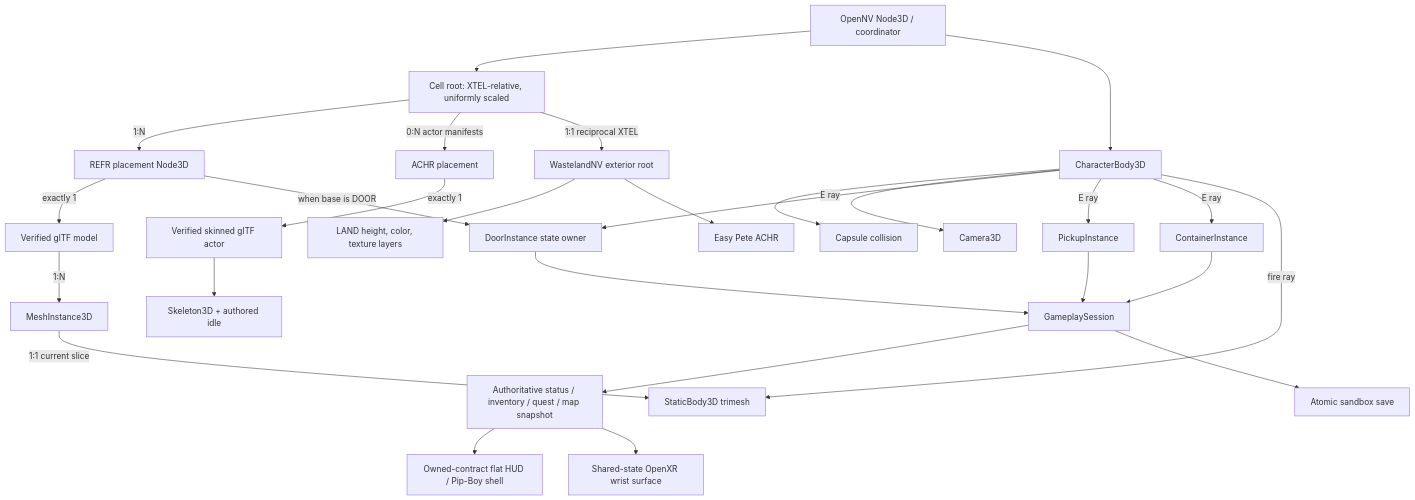
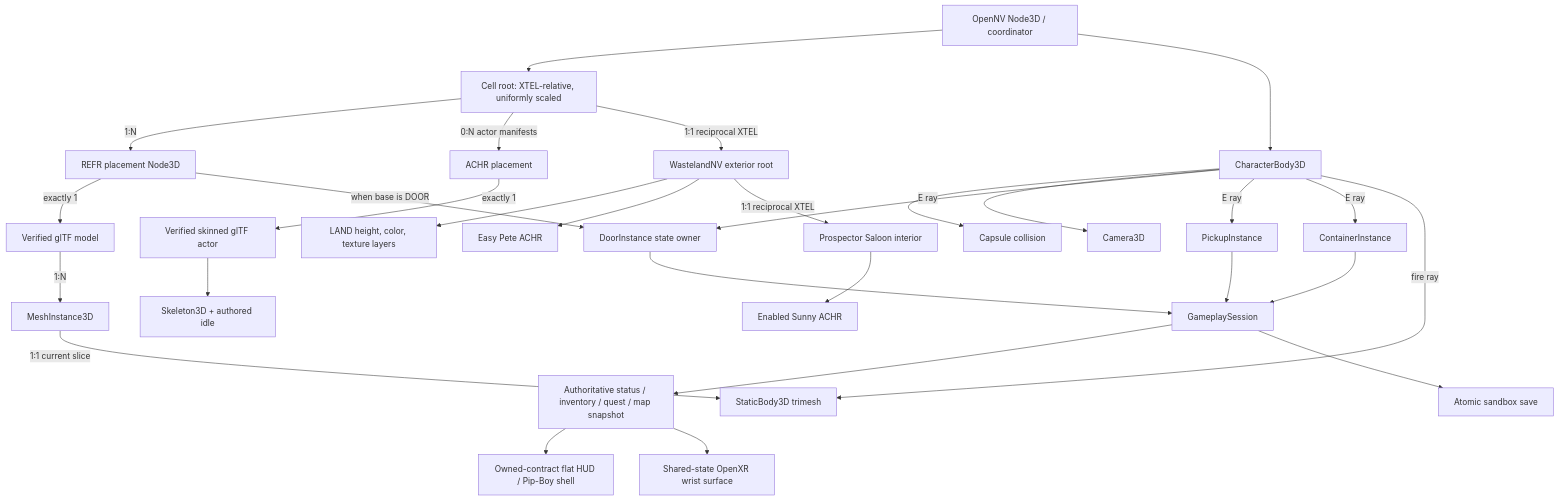
The second of 6 diagrams in docs/architecture.md (nikamigaming-create/OpenNV), drawn with Mermaid before and after one commit. The commit also changed other lines of this file and 28 other files, not shown here.

````diff
--- a/docs/architecture.md
+++ b/docs/architecture.md
@@ -69,30 +70,32 @@
 ```mermaid
 flowchart TD
     Runtime[OpenNV Node3D / coordinator]
     Runtime --> CellRoot[Cell root: XTEL-relative, uniformly scaled]
     CellRoot -->|1:N| Placement[REFR placement Node3D]
     Placement -->|exactly 1| Model[Verified glTF model]
     Model -->|1:N| Mesh[MeshInstance3D]
     Mesh -->|1:1 current slice| Collision[StaticBody3D trimesh]
     Placement -->|when base is DOOR| Door[DoorInstance state owner]
     Runtime --> Player[CharacterBody3D]
     Player --> Capsule[Capsule collision]
     Player --> Camera[Camera3D]
     Player -->|E ray| Door
     Player -->|E ray| Pickup[PickupInstance]
     Player -->|E ray| Container[ContainerInstance]
     Player -->|fire ray| Collision
     Pickup --> Session[GameplaySession]
     Container --> Session
     Door --> Session
     Session --> UiModel[Authoritative status / inventory / quest / map snapshot]
     UiModel --> Hud[Owned-contract flat HUD / Pip-Boy shell]
     UiModel --> Wrist[Shared-state OpenXR wrist surface]
     Session --> Save[Atomic sandbox save]
     CellRoot -->|0:N actor manifests| ActorPlacement[ACHR placement]
     ActorPlacement -->|exactly 1| ActorModel[Verified skinned glTF actor]
     ActorModel --> ActorSkeleton[Skeleton3D + authored idle]
     CellRoot -->|1:1 reciprocal XTEL| ExteriorRoot[WastelandNV exterior root]
     ExteriorRoot --> Land[LAND height, color, texture layers]
     ExteriorRoot --> ExteriorActor[Easy Pete ACHR]
+    ExteriorRoot -->|1:1 reciprocal XTEL| SaloonRoot[Prospector Saloon interior]
+    SaloonRoot --> Sunny[Enabled Sunny ACHR]
 ```
````
